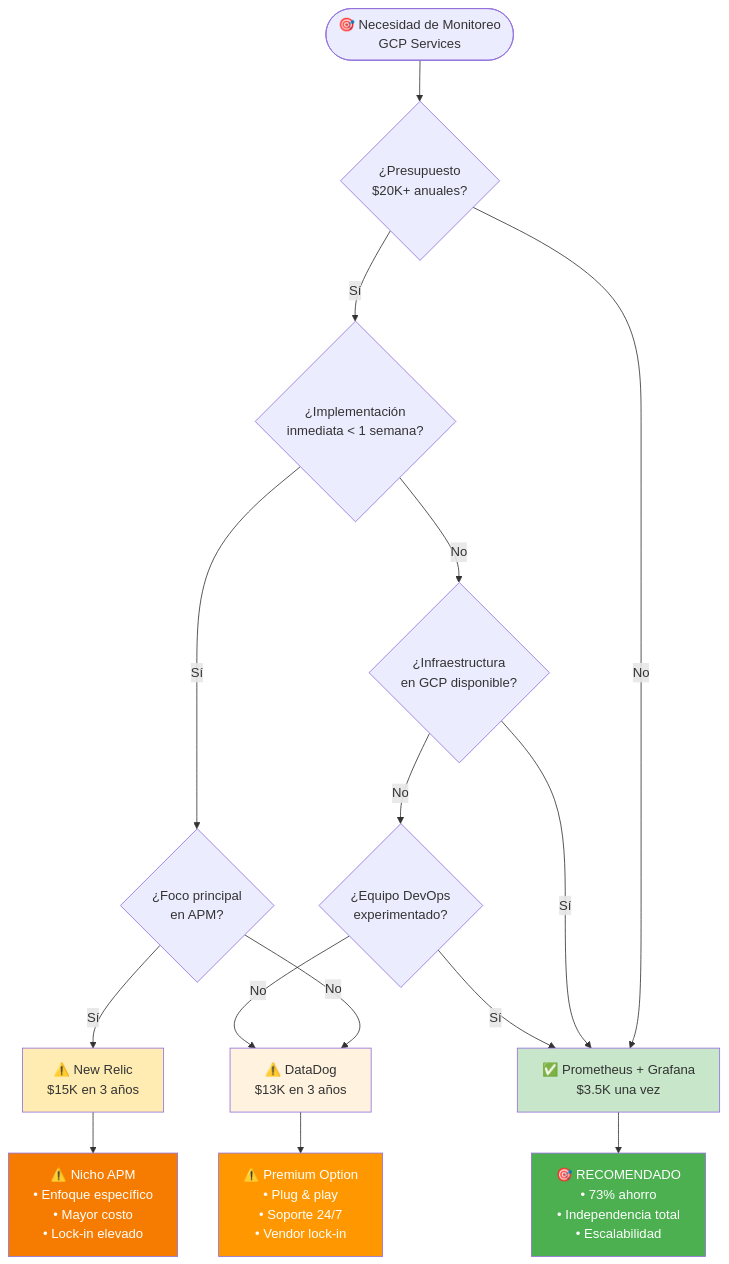
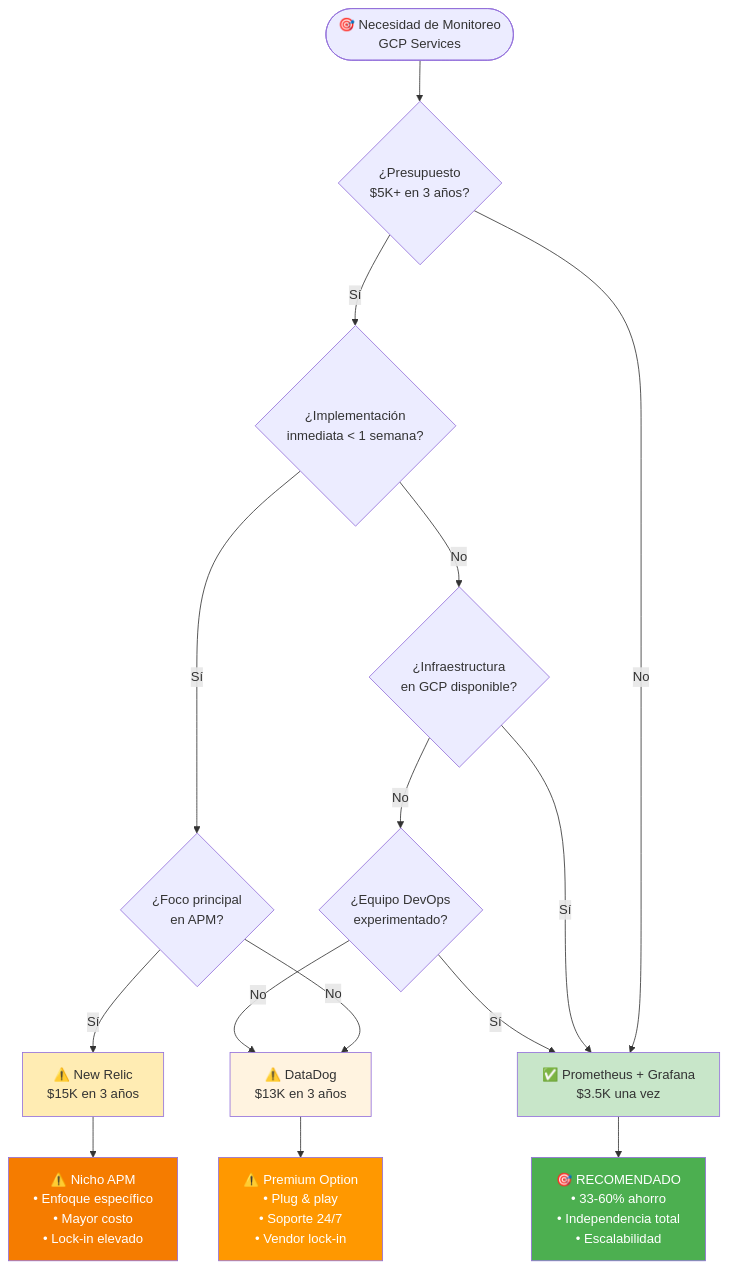
One commit to floxcristian/ecommerce-architecture-proposal-implementos changed the second of 3 diagrams in docs/tech-stack-decisions/monitoring-tools-comparison.md. Above: the diagram before and after it, drawn with Mermaid. The commit also changed other lines of this file, not shown here.

Commit message:
Refactor documento de comparación de herramientas de monitoreo: actualizar recomendaciones y desglose de costos, optimizando la presentación de la estrategia híbrida y la justificación empresarial.

````diff
--- a/docs/tech-stack-decisions/monitoring-tools-comparison.md
+++ b/docs/tech-stack-decisions/monitoring-tools-comparison.md
@@ -475,30 +519,30 @@
 ```mermaid
 flowchart TD
-    START([🎯 Necesidad de Monitoreo<br/>GCP Services]) --> Q1{¿Presupuesto<br/>$20K+ anuales?}
+    START([🎯 Necesidad de Monitoreo<br/>GCP Services]) --> Q1{¿Presupuesto<br/>$5K+ en 3 años?}
 
     Q1 -->|Sí| Q2{¿Implementación<br/>inmediata < 1 semana?}
     Q1 -->|No| PROM[✅ Prometheus + Grafana<br/>$3.5K una vez]
 
     Q2 -->|Sí| Q3{¿Foco principal<br/>en APM?}
     Q2 -->|No| Q4{¿Infraestructura<br/>en GCP disponible?}
 
     Q3 -->|Sí| NR[⚠️ New Relic<br/>$15K en 3 años]
     Q3 -->|No| DD[⚠️ DataDog<br/>$13K en 3 años]
 
     Q4 -->|Sí| PROM
     Q4 -->|No| Q5{¿Equipo DevOps<br/>experimentado?}
 
     Q5 -->|Sí| PROM
     Q5 -->|No| DD
 
-    PROM --> RESULT1[🎯 RECOMENDADO<br/>• 73% ahorro<br/>• Independencia total<br/>• Escalabilidad]
+    PROM --> RESULT1[🎯 RECOMENDADO<br/>• 33-60% ahorro<br/>• Independencia total<br/>• Escalabilidad]
     DD --> RESULT2[⚠️ Premium Option<br/>• Plug & play<br/>• Soporte 24/7<br/>• Vendor lock-in]
     NR --> RESULT3[⚠️ Nicho APM<br/>• Enfoque específico<br/>• Mayor costo<br/>• Lock-in elevado]
 
     style PROM fill:#c8e6c9
     style DD fill:#fff3e0
     style NR fill:#ffecb3
     style RESULT1 fill:#4caf50,color:#fff
     style RESULT2 fill:#ff9800,color:#fff
     style RESULT3 fill:#f57c00,color:#fff
 ```
````
